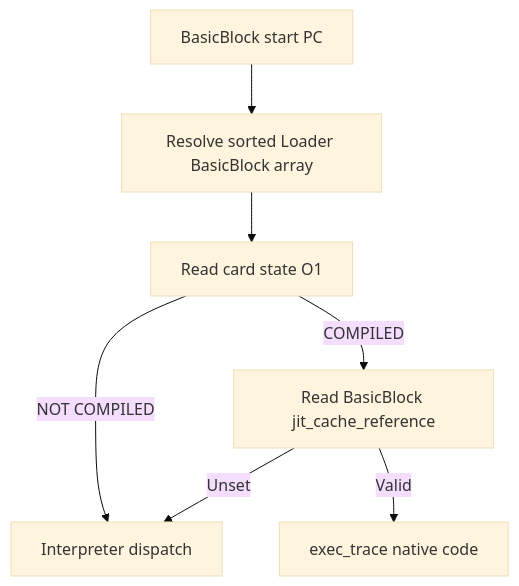
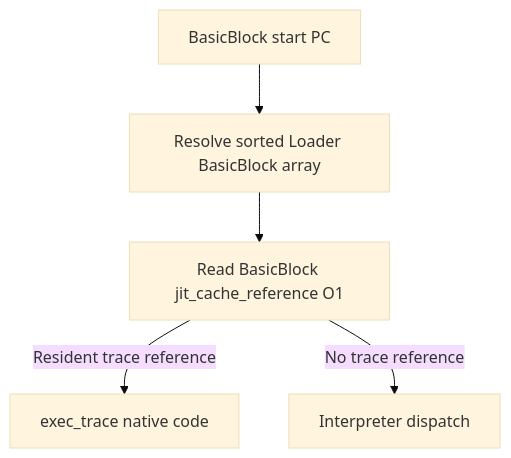
The first of 6 diagrams in docs/components/tier3_plugins/jit_runtime.md (kmt-t/fireball), drawn with Mermaid (base theme) before and after one commit. The commit also changed other lines of this file and 7 other files, not shown here.

````diff
--- a/docs/components/tier3_plugins/jit_runtime.md
+++ b/docs/components/tier3_plugins/jit_runtime.md
@@ -99,9 +99,7 @@
 ```mermaid
 flowchart TD
     Search[BasicBlock start PC] --> Block[Resolve sorted Loader BasicBlock array]
-    Block --> Card[Read card state O1]
-    Card -->|NOT COMPILED| Interp[Interpreter dispatch]
-    Card -->|COMPILED| Ref[Read BasicBlock jit_cache_reference]
-    Ref -->|Valid| Exec[exec_trace native code]
-    Ref -->|Unset| Interp
+    Block --> Ref[Read BasicBlock jit_cache_reference O1]
+    Ref -->|Resident trace reference| Exec[exec_trace native code]
+    Ref -->|No trace reference| Interp[Interpreter dispatch]
 ```
````
